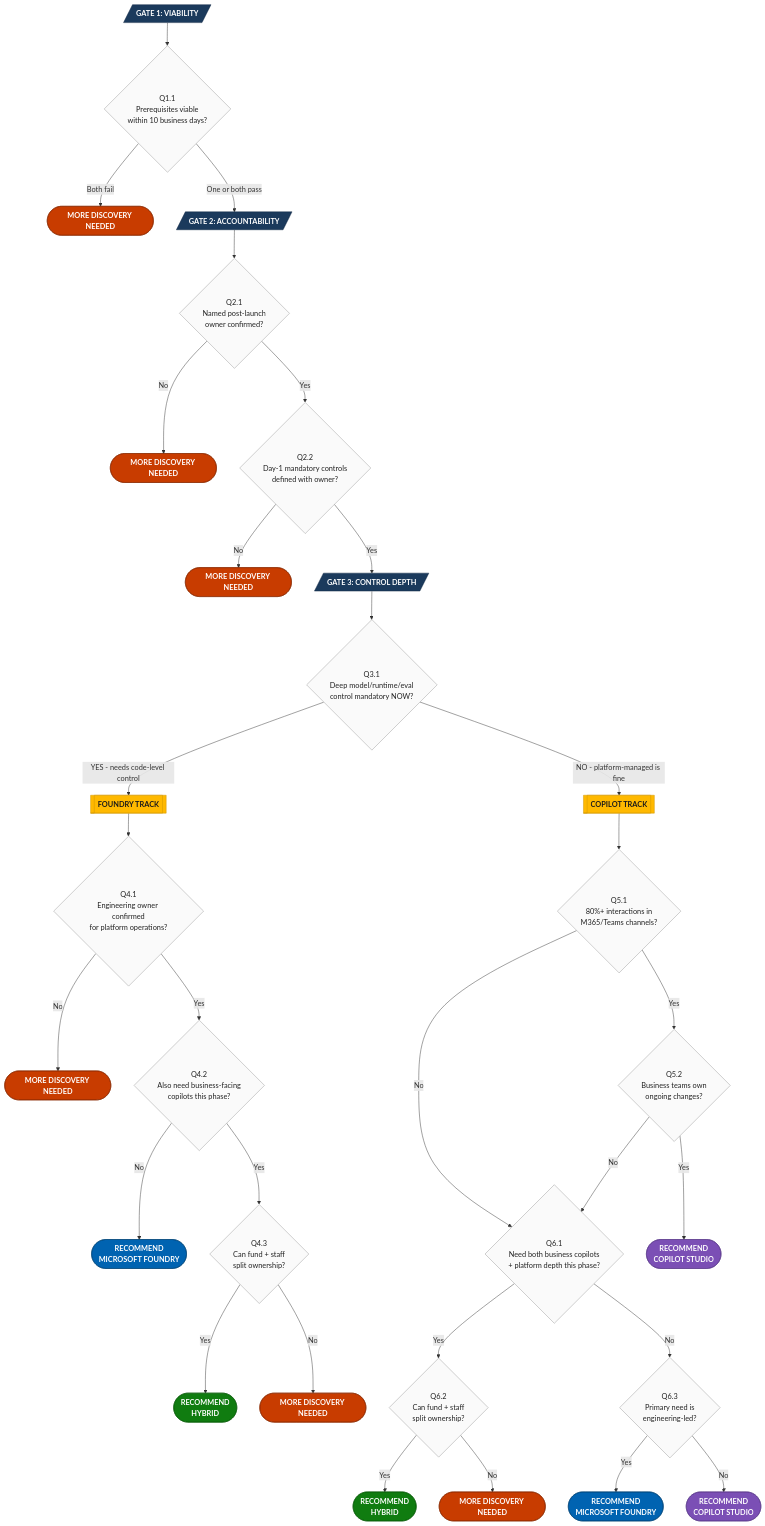
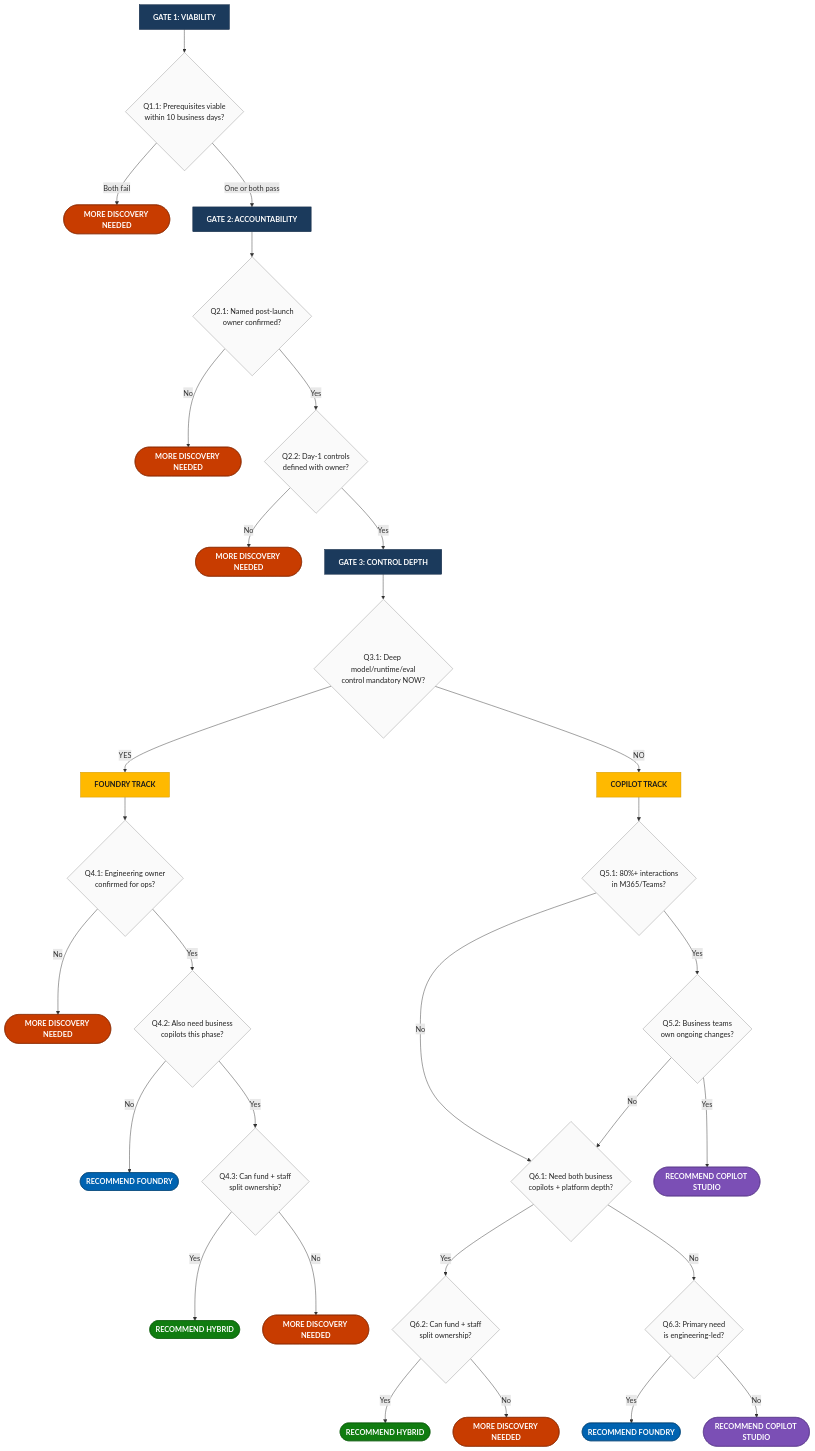
Before and after one commit to drewelewis/ai-platform-desicion-maker: the diagram in Templates/decision-framework.md, drawn with Mermaid.

Commit message:
fix-mermaid-diagram-for-github-rendering

````diff
--- a/Templates/decision-framework.md
+++ b/Templates/decision-framework.md
@@ -37,67 +37,67 @@
 ```mermaid
 flowchart TD
     %% Styling
     classDef gate fill:#1B3A5C,stroke:#0F2440,color:#fff,font-weight:bold
-    classDef question fill:#FAFAFA,stroke:#999,color:#222,font-weight:normal
+    classDef question fill:#FAFAFA,stroke:#999,color:#222
     classDef copilot fill:#7B4FB5,stroke:#5A3A8A,color:#fff,font-weight:bold
     classDef foundry fill:#0063B1,stroke:#004578,color:#fff,font-weight:bold
     classDef hybrid fill:#107C10,stroke:#0B5E0B,color:#fff,font-weight:bold
     classDef readiness fill:#C83C00,stroke:#8B2A00,color:#fff,font-weight:bold
     classDef track fill:#FFB900,stroke:#CC9400,color:#1a1a1a,font-weight:bold
 
     %% Gate 1: Viability
-    G1[/"GATE 1: VIABILITY"/]:::gate
-    Q11{"Q1.1\nPrerequisites viable\nwithin 10 business days?"}:::question
+    G1["GATE 1: VIABILITY"]:::gate
+    Q11{"Q1.1: Prerequisites viable<br/>within 10 business days?"}:::question
     G1 --> Q11
-    Q11 -->|"Both fail"| R1([MORE DISCOVERY NEEDED]):::readiness
-    Q11 -->|"One or both pass"| G2
+    Q11 -->|Both fail| R1(["MORE DISCOVERY NEEDED"]):::readiness
+    Q11 -->|One or both pass| G2
 
     %% Gate 2: Accountability
-    G2[/"GATE 2: ACCOUNTABILITY"/]:::gate
+    G2["GATE 2: ACCOUNTABILITY"]:::gate
     G2 --> Q21
-    Q21{"Q2.1\nNamed post-launch\nowner confirmed?"}:::question
-    Q21 -->|"No"| R2([MORE DISCOVERY NEEDED]):::readiness
-    Q21 -->|"Yes"| Q22
-    Q22{"Q2.2\nDay-1 mandatory controls\ndefined with owner?"}:::question
-    Q22 -->|"No"| R3([MORE DISCOVERY NEEDED]):::readiness
-    Q22 -->|"Yes"| G3
+    Q21{"Q2.1: Named post-launch<br/>owner confirmed?"}:::question
+    Q21 -->|No| R2(["MORE DISCOVERY NEEDED"]):::readiness
+    Q21 -->|Yes| Q22
+    Q22{"Q2.2: Day-1 controls<br/>defined with owner?"}:::question
+    Q22 -->|No| R3(["MORE DISCOVERY NEEDED"]):::readiness
+    Q22 -->|Yes| G3
 
     %% Gate 3: Control Depth
-    G3[/"GATE 3: CONTROL DEPTH"/]:::gate
+    G3["GATE 3: CONTROL DEPTH"]:::gate
     G3 --> Q31
-    Q31{"Q3.1\nDeep model/runtime/eval\ncontrol mandatory NOW?"}:::question
-    Q31 -->|"YES - needs code-level control"| FT[["FOUNDRY TRACK"]]:::track
-    Q31 -->|"NO - platform-managed is fine"| CT[["COPILOT TRACK"]]:::track
+    Q31{"Q3.1: Deep model/runtime/eval<br/>control mandatory NOW?"}:::question
+    Q31 -->|YES| FT["FOUNDRY TRACK"]:::track
+    Q31 -->|NO| CT["COPILOT TRACK"]:::track
 
     %% Foundry Track
     FT --> Q41
-    Q41{"Q4.1\nEngineering owner confirmed\nfor platform operations?"}:::question
-    Q41 -->|"No"| R4([MORE DISCOVERY NEEDED]):::readiness
-    Q41 -->|"Yes"| Q42
-    Q42{"Q4.2\nAlso need business-facing\ncopilots this phase?"}:::question
-    Q42 -->|"No"| OUT_F([RECOMMEND\nMICROSOFT FOUNDRY]):::foundry
-    Q42 -->|"Yes"| Q43
-    Q43{"Q4.3\nCan fund + staff\nsplit ownership?"}:::question
-    Q43 -->|"Yes"| OUT_H1([RECOMMEND\nHYBRID]):::hybrid
-    Q43 -->|"No"| R5([MORE DISCOVERY NEEDED]):::readiness
+    Q41{"Q4.1: Engineering owner<br/>confirmed for ops?"}:::question
+    Q41 -->|No| R4(["MORE DISCOVERY NEEDED"]):::readiness
+    Q41 -->|Yes| Q42
+    Q42{"Q4.2: Also need business<br/>copilots this phase?"}:::question
+    Q42 -->|No| OUT_F(["RECOMMEND FOUNDRY"]):::foundry
+    Q42 -->|Yes| Q43
+    Q43{"Q4.3: Can fund + staff<br/>split ownership?"}:::question
+    Q43 -->|Yes| OUT_H1(["RECOMMEND HYBRID"]):::hybrid
+    Q43 -->|No| R5(["MORE DISCOVERY NEEDED"]):::readiness
 
     %% Copilot Track
     CT --> Q51
-    Q51{"Q5.1\n80%+ interactions in\nM365/Teams channels?"}:::question
-    Q51 -->|"Yes"| Q52
-    Q51 -->|"No"| Q61
-    Q52{"Q5.2\nBusiness teams own\nongoing changes?"}:::question
-    Q52 -->|"Yes"| OUT_C([RECOMMEND\nCOPILOT STUDIO]):::copilot
-    Q52 -->|"No"| Q61
+    Q51{"Q5.1: 80%+ interactions<br/>in M365/Teams?"}:::question
+    Q51 -->|Yes| Q52
+    Q51 -->|No| Q61
+    Q52{"Q5.2: Business teams<br/>own ongoing changes?"}:::question
+    Q52 -->|Yes| OUT_C(["RECOMMEND COPILOT STUDIO"]):::copilot
+    Q52 -->|No| Q61
 
     %% Ambiguous Path
-    Q61{"Q6.1\nNeed both business copilots\n+ platform depth this phase?"}:::question
-    Q61 -->|"Yes"| Q62
-    Q61 -->|"No"| Q63
-    Q62{"Q6.2\nCan fund + staff\nsplit ownership?"}:::question
-    Q62 -->|"Yes"| OUT_H2([RECOMMEND\nHYBRID]):::hybrid
-    Q62 -->|"No"| R6([MORE DISCOVERY NEEDED]):::readiness
-    Q63{"Q6.3\nPrimary need is\nengineering-led?"}:::question
-    Q63 -->|"Yes"| OUT_F2([RECOMMEND\nMICROSOFT FOUNDRY]):::foundry
-    Q63 -->|"No"| OUT_C2([RECOMMEND\nCOPILOT STUDIO]):::copilot
+    Q61{"Q6.1: Need both business<br/>copilots + platform depth?"}:::question
+    Q61 -->|Yes| Q62
+    Q61 -->|No| Q63
+    Q62{"Q6.2: Can fund + staff<br/>split ownership?"}:::question
+    Q62 -->|Yes| OUT_H2(["RECOMMEND HYBRID"]):::hybrid
+    Q62 -->|No| R6(["MORE DISCOVERY NEEDED"]):::readiness
+    Q63{"Q6.3: Primary need<br/>is engineering-led?"}:::question
+    Q63 -->|Yes| OUT_F2(["RECOMMEND FOUNDRY"]):::foundry
+    Q63 -->|No| OUT_C2(["RECOMMEND COPILOT STUDIO"]):::copilot
 ```
````
